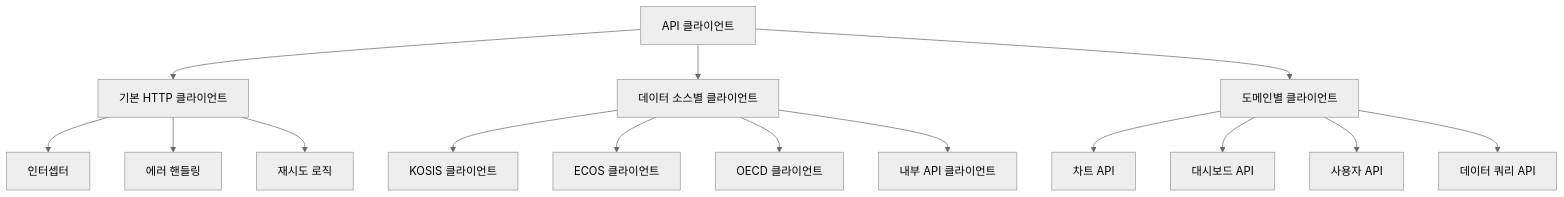
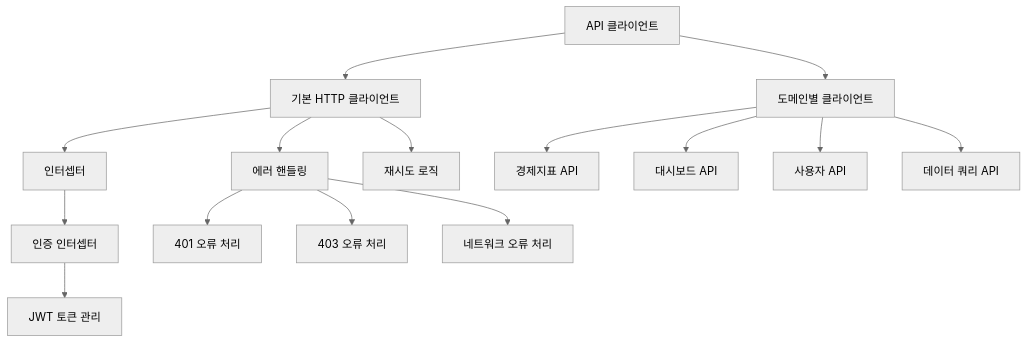
Before and after one commit to Seungwoo321/etorch-docs: the third of 11 diagrams in frontend/data-flow.md, drawn with Mermaid (neutral theme). The commit also changed other lines of this file and 1 other file, not shown here.

Commit message:
docs: 데이터 흐름 및 API 연동문서, 상태 관리 아키텍처 문서 업데이트

````diff
--- a/frontend/data-flow.md
+++ b/frontend/data-flow.md
@@ -62,20 +96,21 @@
 ```mermaid
 flowchart TD
     A[API 클라이언트] --> B[기본 HTTP 클라이언트]
-    A --> C[데이터 소스별 클라이언트]
-    A --> D[도메인별 클라이언트]
+    A --> C[도메인별 클라이언트]
     
     B --> B1[인터셉터]
     B --> B2[에러 핸들링]
     B --> B3[재시도 로직]
     
-    C --> C1[KOSIS 클라이언트]
-    C --> C2[ECOS 클라이언트]
-    C --> C3[OECD 클라이언트]
-    C --> C4[내부 API 클라이언트]
+    C --> C1[경제지표 API]
+    C --> C2[대시보드 API]
+    C --> C3[사용자 API]
+    C --> C4[데이터 쿼리 API]
     
-    D --> D1[차트 API]
-    D --> D2[대시보드 API]
-    D --> D3[사용자 API]
-    D --> D4[데이터 쿼리 API]
+    B1 --> B1A[인증 인터셉터]
+    B1A --> B1A1[JWT 토큰 관리]
+    
+    B2 --> B2A[401 오류 처리]
+    B2 --> B2B[403 오류 처리]
+    B2 --> B2C[네트워크 오류 처리]
 ```
````
